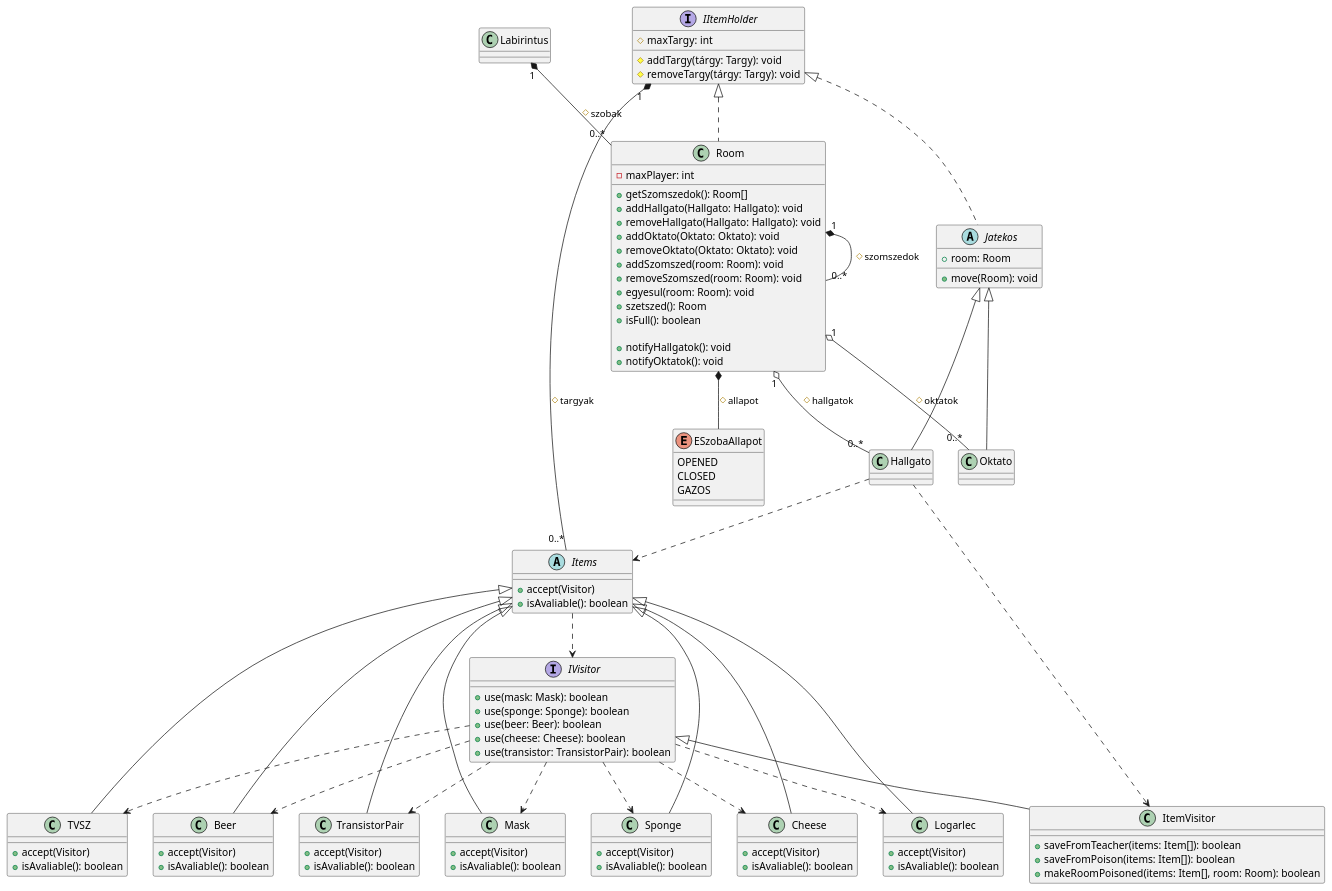
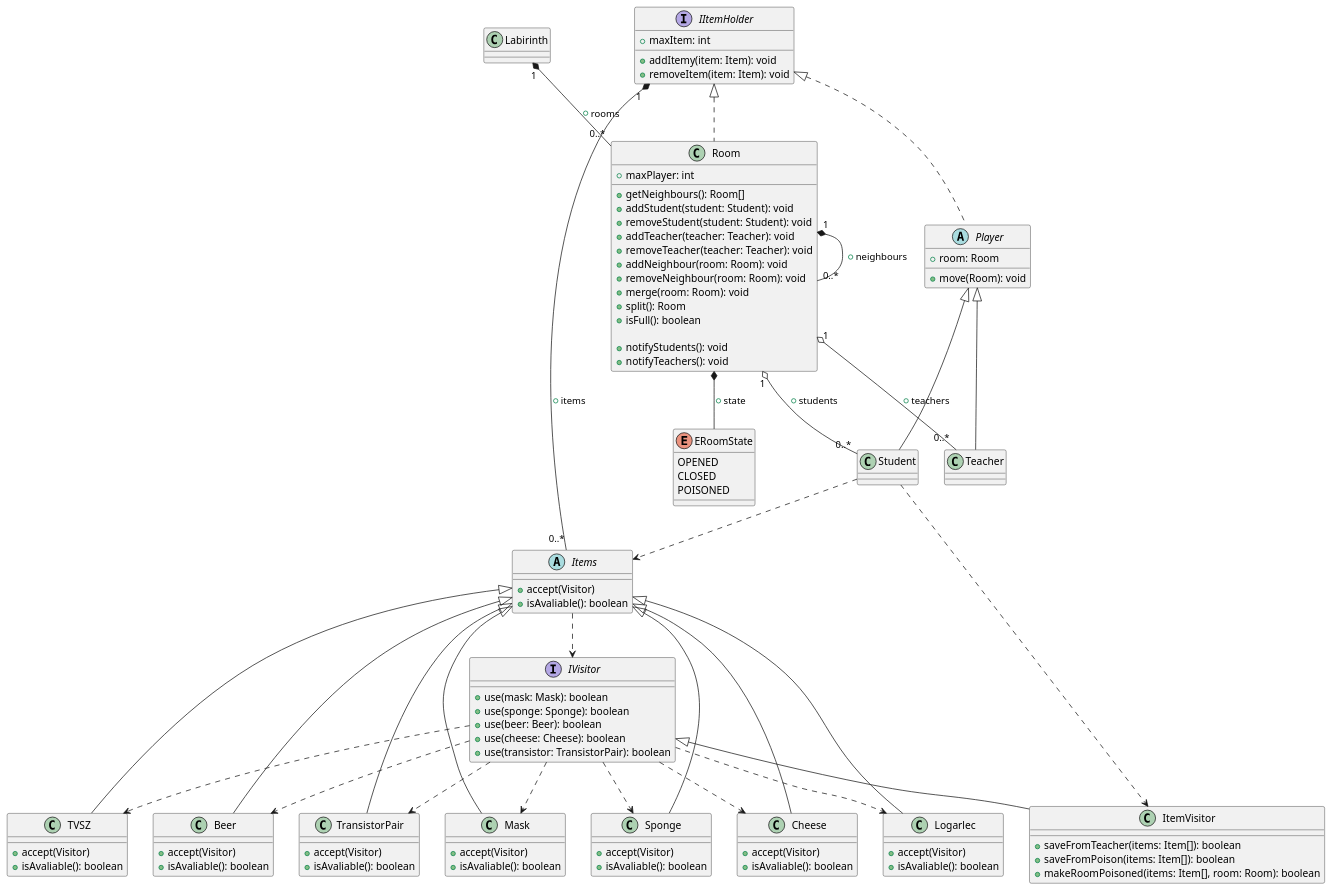
One commit to MBakter/echo changed the diagram in docs/UML.plantuml. Above: the diagram before and after it, drawn with PlantUML. The commit also changed 2 other files, not shown here.

Commit message:
Done classDiagram

```diff
--- a/docs/UML.plantuml
+++ b/docs/UML.plantuml
@@ -1,149 +1,125 @@
 @startuml UML
 
-class Labirintus {
+class Labirinth {
 
 }
 
 class Room implements IItemHolder{
-    - maxPlayer: int
+    + maxPlayer: int
 
-    +getSzomszedok(): Room[]
-    +addHallgato(Hallgato: Hallgato): void
-    +removeHallgato(Hallgato: Hallgato): void
-    +addOktato(Oktato: Oktato): void
-    +removeOktato(Oktato: Oktato): void
-    +addSzomszed(room: Room): void
-    +removeSzomszed(room: Room): void
-    +egyesul(room: Room): void
-    +szetszed(): Room
+    +getNeighbours(): Room[]
+    +addStudent(student: Student): void
+    +removeStudent(student: Student): void
+    +addTeacher(teacher: Teacher): void
+    +removeTeacher(teacher: Teacher): void
+    +addNeighbour(room: Room): void
+    +removeNeighbour(room: Room): void
+    +merge(room: Room): void
+    +split(): Room
     +isFull(): boolean
 
-    +notifyHallgatok(): void
-    +notifyOktatok(): void
+    +notifyStudents(): void
+    +notifyTeachers(): void
 
 }
 
-Room "1" o-- "0..*" Hallgato: # hallgatok
-Room "1" o-- "0..*" Oktato: # oktatok
-Room "1" *-- "0..*" Room: # szomszedok
-IItemHolder "1" *-- "0..*" Items: # targyak
-Room *-- ESzobaAllapot: # allapot
-Labirintus "1" *-- "0..*" Room: # szobak
+Room "1" o-- "0..*" Student: + students
+Room "1" o-- "0..*" Teacher: + teachers
+Room "1" *-- "0..*" Room: + neighbours
+IItemHolder "1" *-- "0..*" Items: + items
+Room *-- ERoomState: + state
+Labirinth "1" *-- "0..*" Room: + rooms
 
-abstract class Jatekos implements IItemHolder{
+abstract class Player implements IItemHolder{
   + room: Room
   + move(Room): void
 }
-
 interface IVisitor {
   + use(mask: Mask): boolean
   + use(sponge: Sponge): boolean
   + use(beer: Beer): boolean
   + use(cheese: Cheese): boolean
   + use(transistor: TransistorPair): boolean
 }
 
 class ItemVisitor {
   + saveFromTeacher(items: Item[]): boolean
   + saveFromPoison(items: Item[]): boolean
   + makeRoomPoisoned(items: Item[], room: Room): boolean
 }
 
 IVisitor <|-- ItemVisitor
 
 abstract class Items {
   + accept(Visitor)
   + isAvaliable(): boolean
 }
 
 class TVSZ extends Items {
   + accept(Visitor)
   + isAvaliable(): boolean
 }
 
 class Beer extends Items {
   + accept(Visitor)
   + isAvaliable(): boolean
 }
 
 class TransistorPair extends Items {
   + accept(Visitor)
   + isAvaliable(): boolean
 }
 
 class Mask extends Items {
   + accept(Visitor)
   + isAvaliable(): boolean
 }
 
 class Sponge extends Items {
   + accept(Visitor)
   + isAvaliable(): boolean
 }
 
 class Cheese extends Items {
   + accept(Visitor)
   + isAvaliable(): boolean
 }
 
 class Logarlec extends Items {
   + accept(Visitor)
   + isAvaliable(): boolean
 }
 
 Items ..> IVisitor
 IVisitor ..>  TVSZ
 IVisitor ..>  TransistorPair
 IVisitor ..>  Beer
 IVisitor ..>  Cheese
 IVisitor ..>  Mask
 IVisitor ..>  Logarlec
 IVisitor ..>  Sponge
 
 
-Hallgato ..> ItemVisitor
-Hallgato ..> Items
+Student ..> ItemVisitor
+Student ..> Items
 
 
-class Oktato extends Jatekos{}
-class Hallgato extends Jatekos{}
+class Teacher extends Player{}
+class Student extends Player{}
 
 
 
 interface IItemHolder {
-    # maxTargy: int
-    # addTargy(tárgy: Targy): void
-    # removeTargy(tárgy: Targy): void
+    + maxItem: int
+    + addItemy(item: Item): void
+    + removeItem(item: Item): void
 }
 
-enum ESzobaAllapot {
+enum ERoomState {
   OPENED
   CLOSED
-  GAZOS
+  POISONED
 }
-
-' interface IActor{
-'   +accept(TargyVisitor): void
-'   +mozog(Szoba): Szoba
-' }
-' interface TargyVisitor
-' interface SzobaEventListener{
-'   +update(eventType): void
-' }
-
-' abstract class Actor implements IActor, SzobaEventListener {
-'   #jelenSzoba: Szoba
-'   +felvesz(Targy): void
-'   +lerak(Targy):void
-' }
-' class Hallgato implements Actor {
-'   +hasznal(Targy): void
-' }
-' class Oktato implements Actor {
-' }
-
-' Actor "1" --* "0..*" Szoba
-' IActor - TargyVisitor
 
 
 @enduml
```
